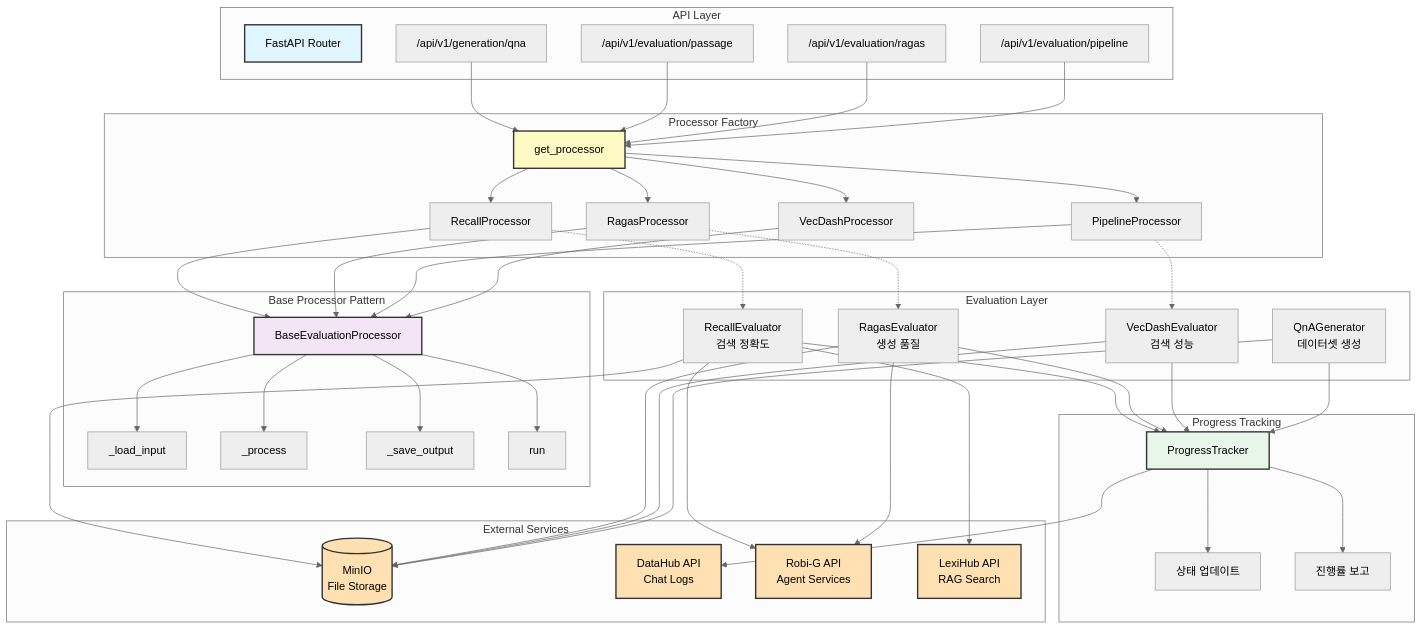
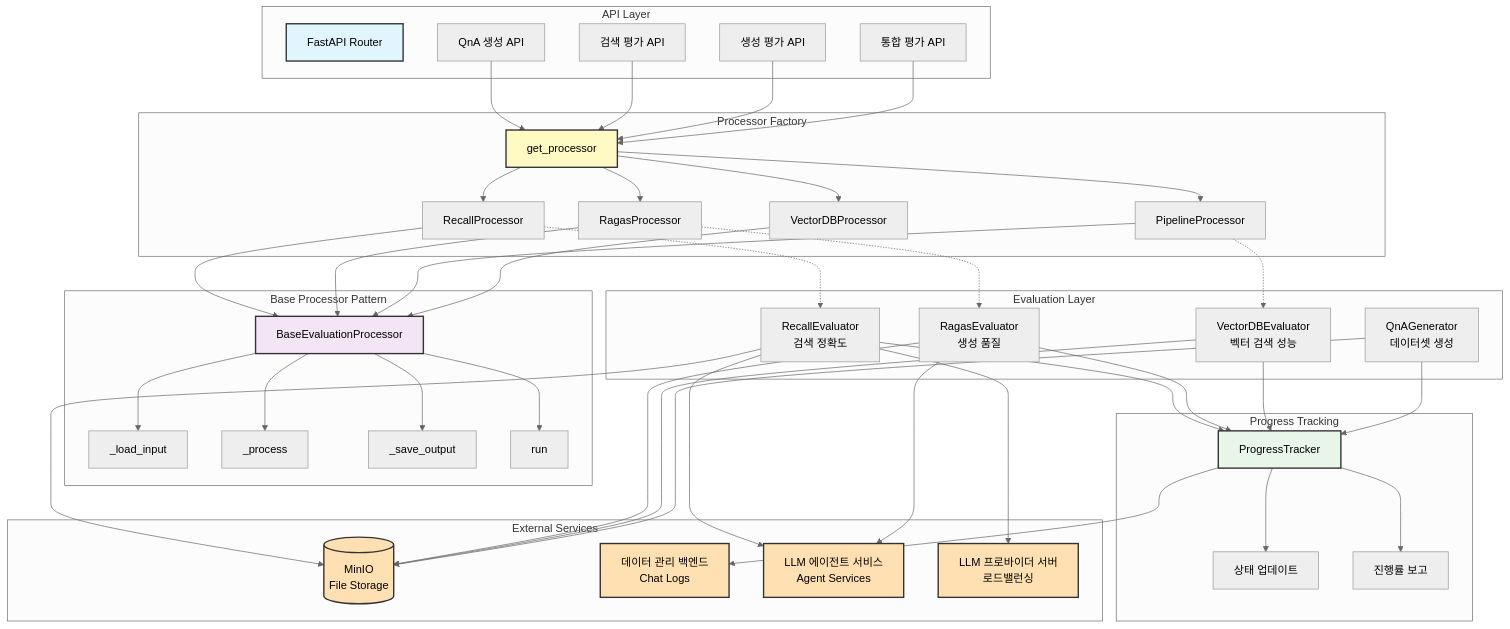
The diagram in public/architecture/evaluator/system-architecture.mmd (comsa33/porfolio-site), drawn with Mermaid (neutral theme) before and after one commit. The commit also changed 3 other files, not shown here.

Commit message:
feat: overhaul pyrunner architecture diagram and rename evaluator components for clarity

```diff
--- a/public/architecture/evaluator/system-architecture.mmd
+++ b/public/architecture/evaluator/system-architecture.mmd
@@ -1,82 +1,82 @@
 graph TB
     subgraph "API Layer"
         A[FastAPI Router]
-        A1["/api/v1/generation/qna"]
-        A2["/api/v1/evaluation/passage"]
-        A3["/api/v1/evaluation/ragas"]
-        A4["/api/v1/evaluation/pipeline"]
+        A1[QnA 생성 API]
+        A2[검색 평가 API]
+        A3[생성 평가 API]
+        A4[통합 평가 API]
     end
     
     subgraph "Processor Factory"
         B[get_processor]
         B --> C1[RecallProcessor]
         B --> C2[RagasProcessor]
         B --> C3[PipelineProcessor]
-        B --> C4[VecDashProcessor]
+        B --> C4[VectorDBProcessor]
     end
     
     subgraph "Base Processor Pattern"
         D[BaseEvaluationProcessor]
         D --> E1[_load_input]
         D --> E2[_process]
         D --> E3[_save_output]
         D --> E4[run]
     end
     
     subgraph "Evaluation Layer"
         F1[RecallEvaluator<br/>검색 정확도]
         F2[RagasEvaluator<br/>생성 품질]
-        F3[VecDashEvaluator<br/>검색 성능]
+        F3[VectorDBEvaluator<br/>벡터 검색 성능]
         F4[QnAGenerator<br/>데이터셋 생성]
     end
     
     subgraph "Progress Tracking"
         G[ProgressTracker]
         G --> G1[상태 업데이트]
         G --> G2[진행률 보고]
     end
     
     subgraph "External Services"
         H1[(MinIO<br/>File Storage)]
-        H2[DataHub API<br/>Chat Logs]
-        H3[Robi-G API<br/>Agent Services]
-        H4[LexiHub API<br/>RAG Search]
+        H2[데이터 관리 백엔드<br/>Chat Logs]
+        H3[LLM 에이전트 서비스<br/>Agent Services]
+        H4[LLM 프로바이더 서버<br/>로드밸런싱]
     end
     
     A1 --> B
     A2 --> B
     A3 --> B
     A4 --> B
     
     C1 --> D
     C2 --> D
     C3 --> D
     C4 --> D
     
     C1 -.-> F1
     C2 -.-> F2
     C3 -.-> F3
     
     F1 --> G
     F2 --> G
     F3 --> G
     F4 --> G
     
     F1 --> H1
     F2 --> H1
     F3 --> H1
     F4 --> H1
     
     G --> H2
     F1 --> H3
     F2 --> H3
     F1 --> H4
     
     style A fill:#e1f5ff,stroke:#333,stroke-width:2px,color:#000
     style B fill:#fff9c4,stroke:#333,stroke-width:2px,color:#000
     style D fill:#f3e5f5,stroke:#333,stroke-width:2px,color:#000
     style G fill:#e8f5e9,stroke:#333,stroke-width:2px,color:#000
     style H1 fill:#ffe0b2,stroke:#333,stroke-width:2px,color:#000
     style H2 fill:#ffe0b2,stroke:#333,stroke-width:2px,color:#000
     style H3 fill:#ffe0b2,stroke:#333,stroke-width:2px,color:#000
     style H4 fill:#ffe0b2,stroke:#333,stroke-width:2px,color:#000
```
